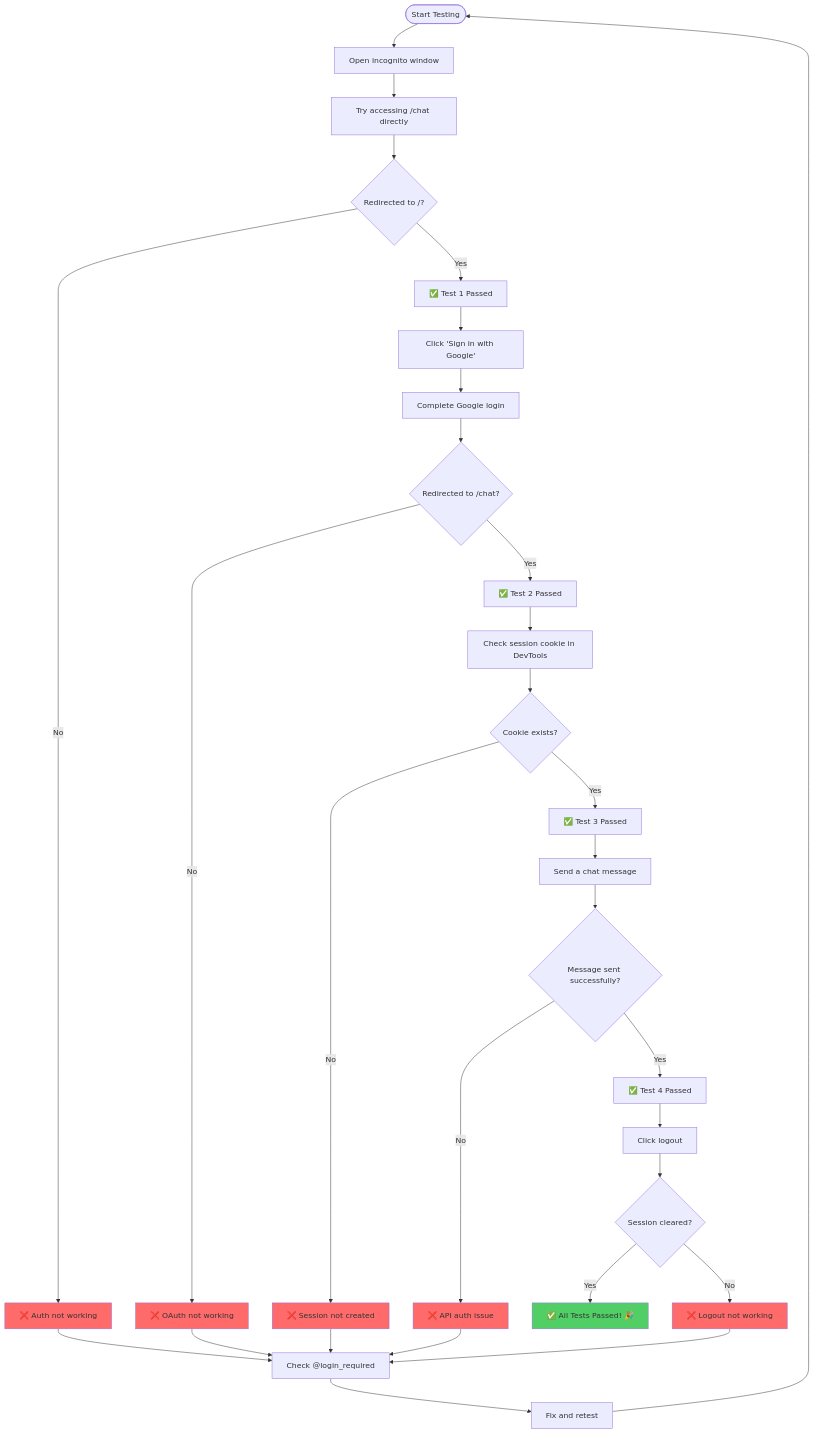
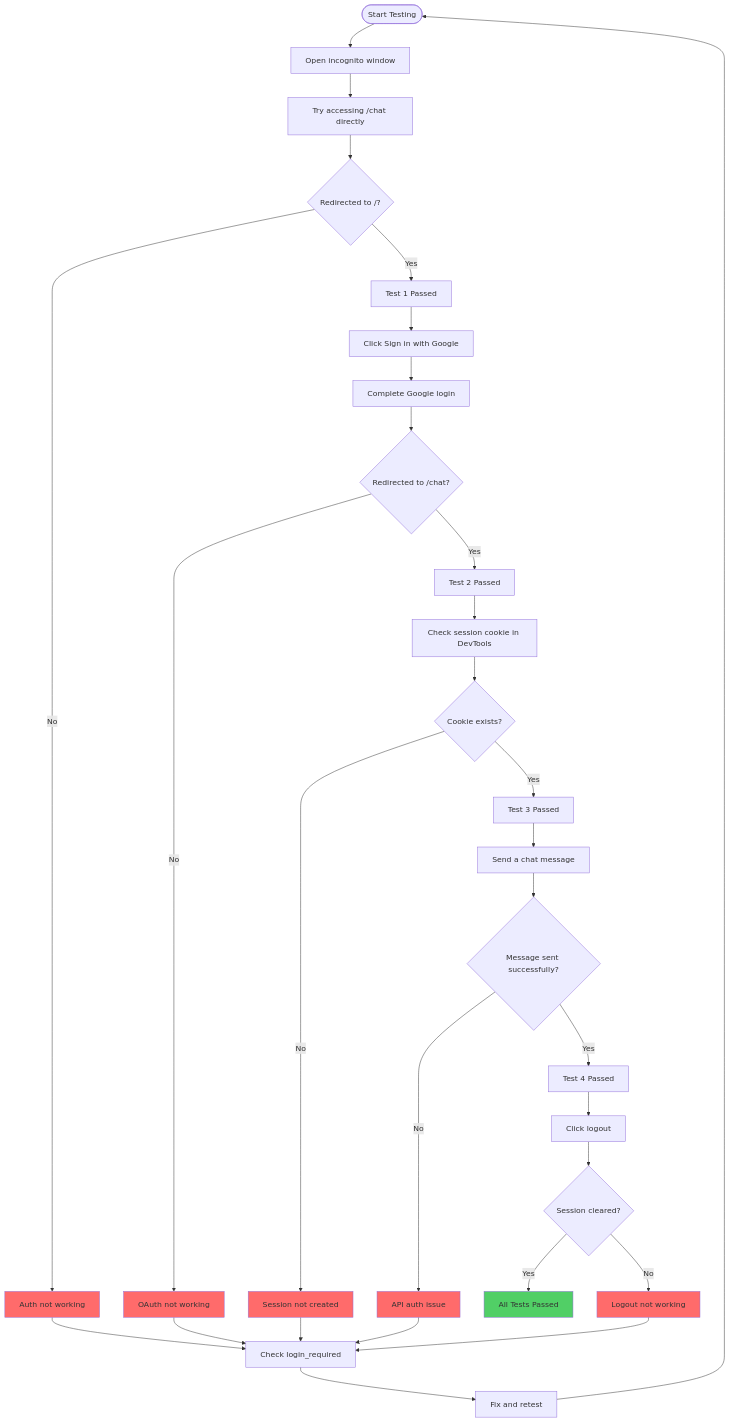
Diagram 12 of 15 in docs/OAUTH_FLOWCHART.md (DANI-cloud-del/Flask), drawn with Mermaid before and after one commit. The commit also changed other lines of this file, not shown here.

Commit message:
Fix Mermaid syntax errors in flowcharts - escape special characters and fix line breaks

````diff
--- a/docs/OAUTH_FLOWCHART.md
+++ b/docs/OAUTH_FLOWCHART.md
@@ -434,46 +366,46 @@
 ```mermaid
 flowchart TD
     Start([Start Testing]) --> Test1[Open incognito window]
     
     Test1 --> Test2[Try accessing /chat directly]
     Test2 --> Check1{Redirected to /?}
-    Check1 -->|Yes| Pass1[✅ Test 1 Passed]
-    Check1 -->|No| Fail1[❌ Auth not working]
+    Check1 -->|Yes| Pass1[Test 1 Passed]
+    Check1 -->|No| Fail1[Auth not working]
     
-    Pass1 --> Test3[Click 'Sign in with Google']
+    Pass1 --> Test3[Click Sign in with Google]
     Test3 --> Test4[Complete Google login]
     Test4 --> Check2{Redirected to /chat?}
-    Check2 -->|Yes| Pass2[✅ Test 2 Passed]
-    Check2 -->|No| Fail2[❌ OAuth not working]
+    Check2 -->|Yes| Pass2[Test 2 Passed]
+    Check2 -->|No| Fail2[OAuth not working]
     
     Pass2 --> Test5[Check session cookie in DevTools]
     Test5 --> Check3{Cookie exists?}
-    Check3 -->|Yes| Pass3[✅ Test 3 Passed]
-    Check3 -->|No| Fail3[❌ Session not created]
+    Check3 -->|Yes| Pass3[Test 3 Passed]
+    Check3 -->|No| Fail3[Session not created]
     
     Pass3 --> Test6[Send a chat message]
     Test6 --> Check4{Message sent successfully?}
-    Check4 -->|Yes| Pass4[✅ Test 4 Passed]
-    Check4 -->|No| Fail4[❌ API auth issue]
+    Check4 -->|Yes| Pass4[Test 4 Passed]
+    Check4 -->|No| Fail4[API auth issue]
     
     Pass4 --> Test7[Click logout]
     Test7 --> Check5{Session cleared?}
-    Check5 -->|Yes| Pass5[✅ All Tests Passed! 🎉]
-    Check5 -->|No| Fail5[❌ Logout not working]
+    Check5 -->|Yes| Pass5[All Tests Passed]
+    Check5 -->|No| Fail5[Logout not working]
     
-    Fail1 --> Debug[Check @login_required]
+    Fail1 --> Debug[Check login_required]
     Fail2 --> Debug
     Fail3 --> Debug
     Fail4 --> Debug
     Fail5 --> Debug
     
     Debug --> FixIssue[Fix and retest]
     FixIssue --> Start
     
     style Pass5 fill:#51cf66
     style Fail1 fill:#ff6b6b
     style Fail2 fill:#ff6b6b
     style Fail3 fill:#ff6b6b
     style Fail4 fill:#ff6b6b
     style Fail5 fill:#ff6b6b
 ```
````
